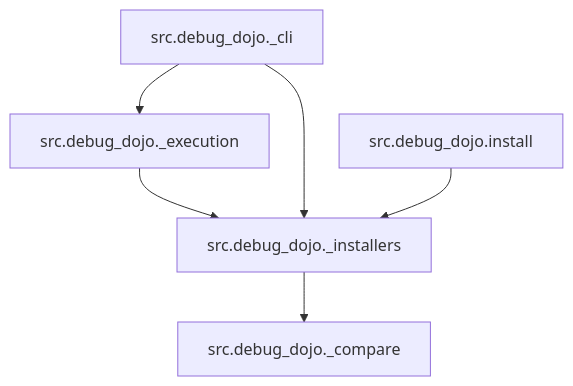
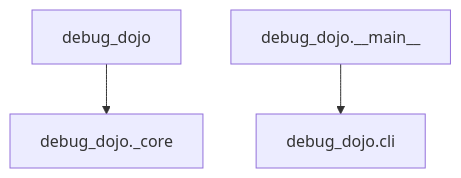
One commit to bwrob/debug-dojo changed the diagram in docs/dependency_graph.mmd. Above: the diagram before and after it, drawn with Mermaid. The commit also changed 33 other files, not shown here.

```diff
--- a/docs/dependency_graph.mmd
+++ b/docs/dependency_graph.mmd
@@ -1,7 +1,5 @@
 graph TD
-    src.debug_dojo._installers --> src.debug_dojo._compare
-    src.debug_dojo._execution --> src.debug_dojo._installers
-    src.debug_dojo._cli --> src.debug_dojo._execution
-    src.debug_dojo._cli --> src.debug_dojo._installers
-    src.debug_dojo.install --> src.debug_dojo._installers
-    src.debug_dojo._compare
+    debug_dojo --> debug_dojo._core
+    debug_dojo.__main__ --> debug_dojo.cli
+    debug_dojo.cli
+    debug_dojo._core
```
